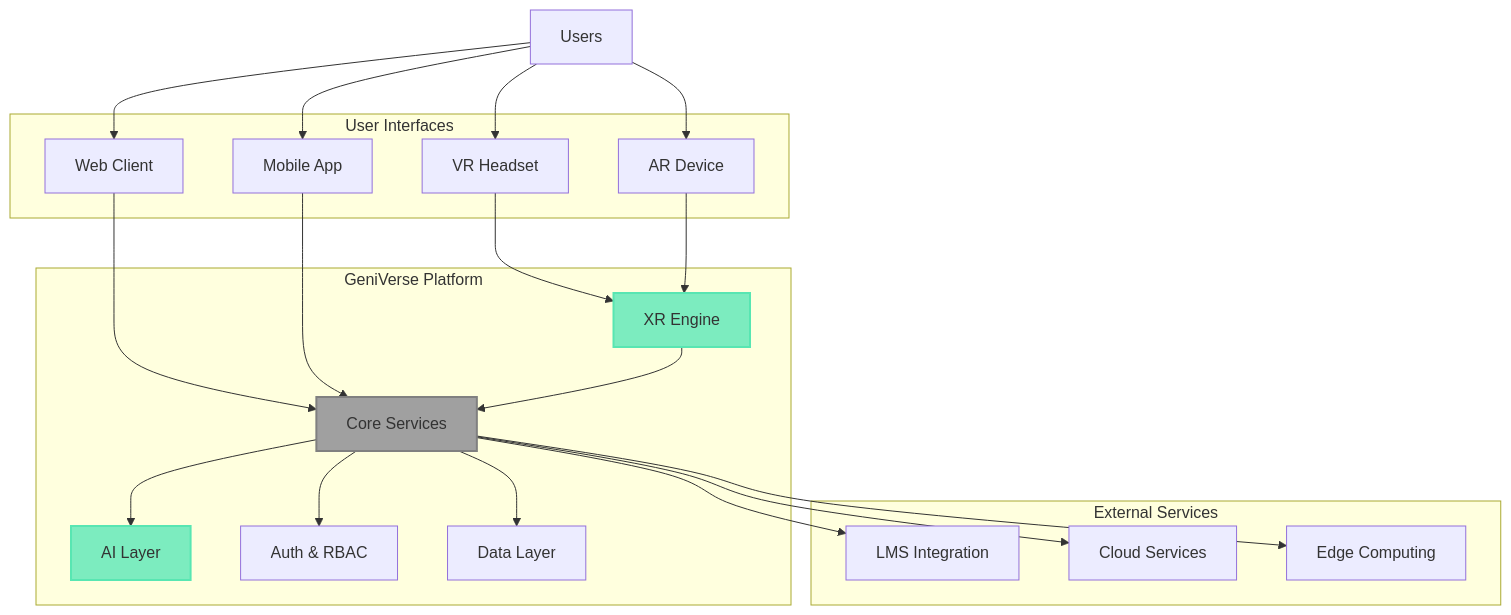
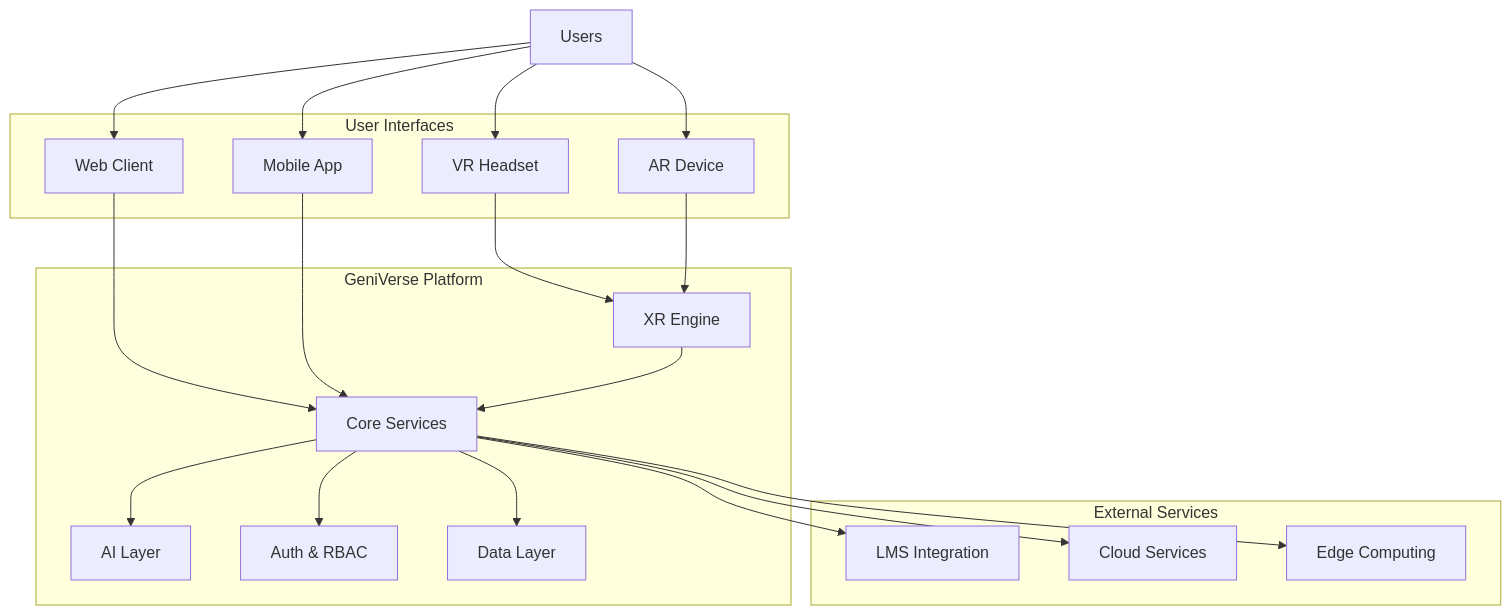
Before and after one commit to ivmarch/geniverse-docs: the diagram in docs/overview.md, drawn with Mermaid. The commit also changed 6 other files, not shown here.

Commit message:
Remove inline styles from Mermaid diagrams and fix arrow styling

````diff
--- a/docs/overview.md
+++ b/docs/overview.md
@@ -19,46 +19,42 @@
 ```mermaid
 graph TB
     subgraph "GeniVerse Platform"
         AI[AI Layer]
         XR[XR Engine]
         Core[Core Services]
         Auth[Auth & RBAC]
         Data[Data Layer]
     end
     
     subgraph "User Interfaces"
         Web[Web Client]
         Mobile[Mobile App]
         VR[VR Headset]
         AR[AR Device]
     end
     
     subgraph "External Services"
         LMS[LMS Integration]
         Cloud[Cloud Services]
         Edge[Edge Computing]
     end
     
     User[Users] --> Web
     User --> Mobile
     User --> VR
     User --> AR
     
     Web --> Core
     Mobile --> Core
     VR --> XR
     AR --> XR
     
     XR --> Core
     Core --> AI
     Core --> Auth
     Core --> Data
     
     Core --> LMS
     Core --> Cloud
     Core --> Edge
-    
-    style AI fill:#7CECBF,stroke:#58E6B2,stroke-width:2px
-    style XR fill:#7CECBF,stroke:#58E6B2,stroke-width:2px
-    style Core fill:#A0A0A0,stroke:#808080,stroke-width:2px
 ```
````
